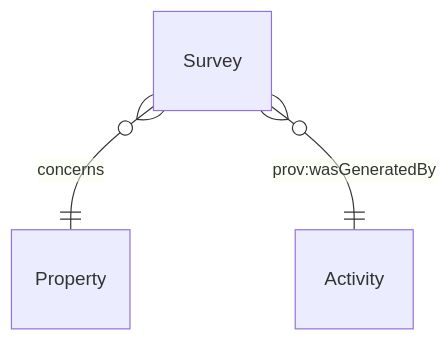
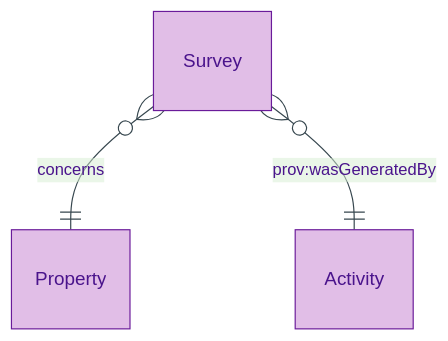
Before and after one commit to sparkling/opda: the first of 2 diagrams in docs/manual/logical/descriptive/survey.md, drawn with Mermaid. The commit also changed other lines of this file and 179 other files, not shown here.

First line of the commit message:
docs(manual): Logical-tier diagram expansion via /diagramming skill

````diff
--- a/docs/manual/logical/descriptive/survey.md
+++ b/docs/manual/logical/descriptive/survey.md
@@ -30,5 +35,9 @@
 ```mermaid
+%%{init: {"theme": "base", "themeVariables": {"primaryColor": "#E1BEE7", "primaryTextColor": "#4A148C", "primaryBorderColor": "#6A1B9A", "lineColor": "#37474F"}}}%%
 erDiagram
+    accTitle: Survey — Entity-Relationship Diagram
+    accDescr: Survey — concerns a Property and carries PROV-O wasGeneratedBy to its issuing professional-survey Activity.
+
     Survey }o--|| Property : "concerns"
     Survey }o--|| Activity : "prov:wasGeneratedBy"
 ```
````
